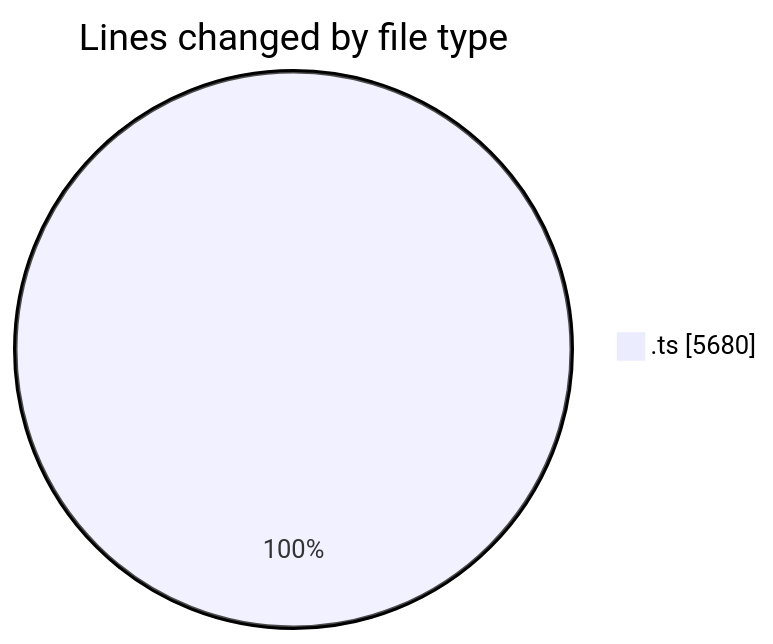
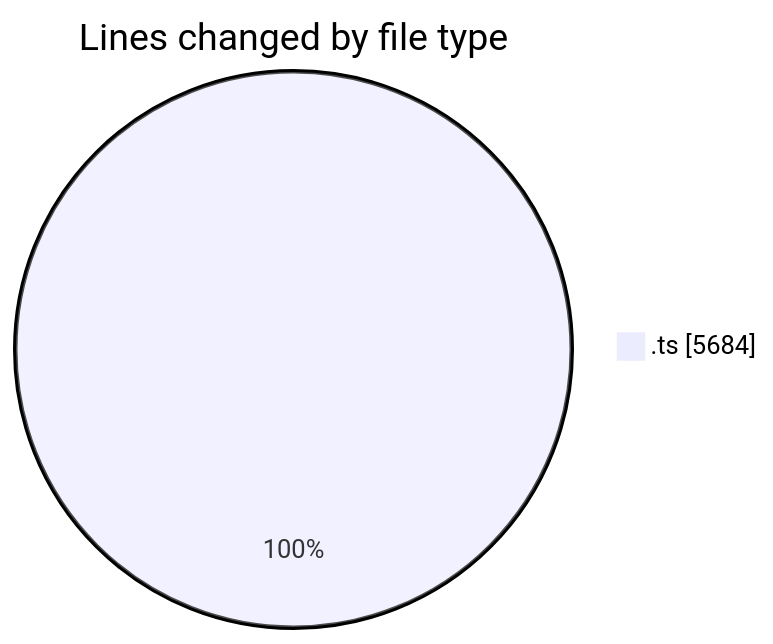
One commit to momahboobian/code-tracking changed the first of 2 diagrams in 2025-10-30/cda/README.md. Above: the diagram before and after it, drawn with Mermaid. The commit also changed other lines of this file and 1 other file, not shown here.

````diff
--- a/2025-10-30/cda/README.md
+++ b/2025-10-30/cda/README.md
@@ -23,5 +23,5 @@
 ```mermaid
 pie showData
 title Lines changed by file type
-".ts" : 5680
+".ts" : 5684
 ```
````
